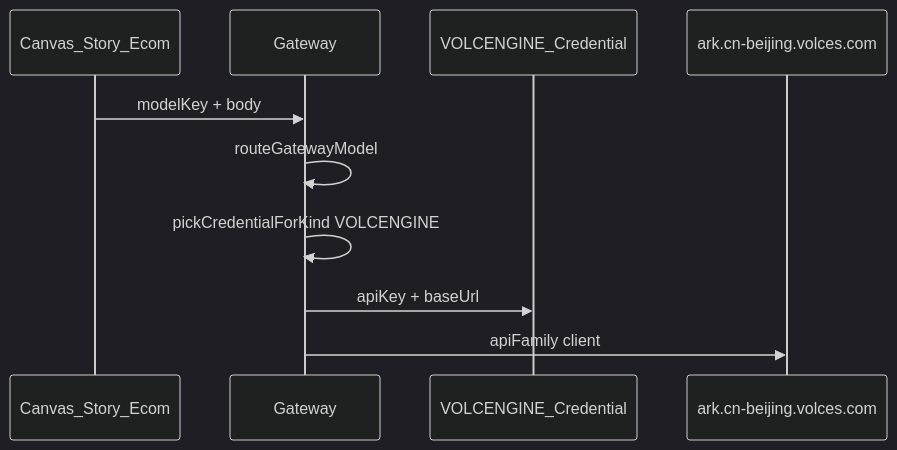
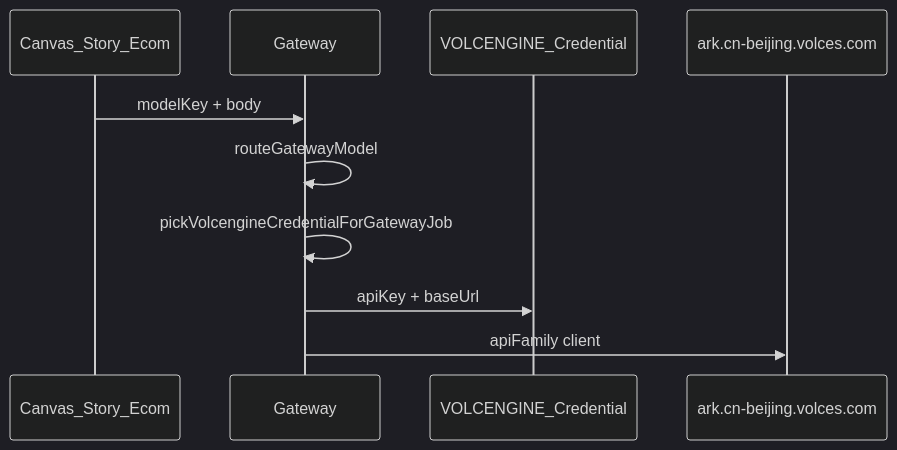
One commit to priceLiu/book-mall changed the diagram in book-mall/doc/tech/gateway-volcengine-architecture.md. Above: the diagram before and after it, drawn with Mermaid (dark theme). The commit also changed other lines of this file and 9 other files, not shown here.

````diff
--- a/book-mall/doc/tech/gateway-volcengine-architecture.md
+++ b/book-mall/doc/tech/gateway-volcengine-architecture.md
@@ -35,13 +35,13 @@
 ```mermaid
 sequenceDiagram
   participant App as Canvas_Story_Ecom
   participant GW as Gateway
   participant Cred as VOLCENGINE_Credential
   participant Ark as ark.cn-beijing.volces.com
 
   App->>GW: modelKey + body
   GW->>GW: routeGatewayModel
-  GW->>GW: pickCredentialForKind VOLCENGINE
+  GW->>GW: pickVolcengineCredentialForGatewayJob
   GW->>Cred: apiKey + baseUrl
   GW->>Ark: apiFamily client
 ```
````
